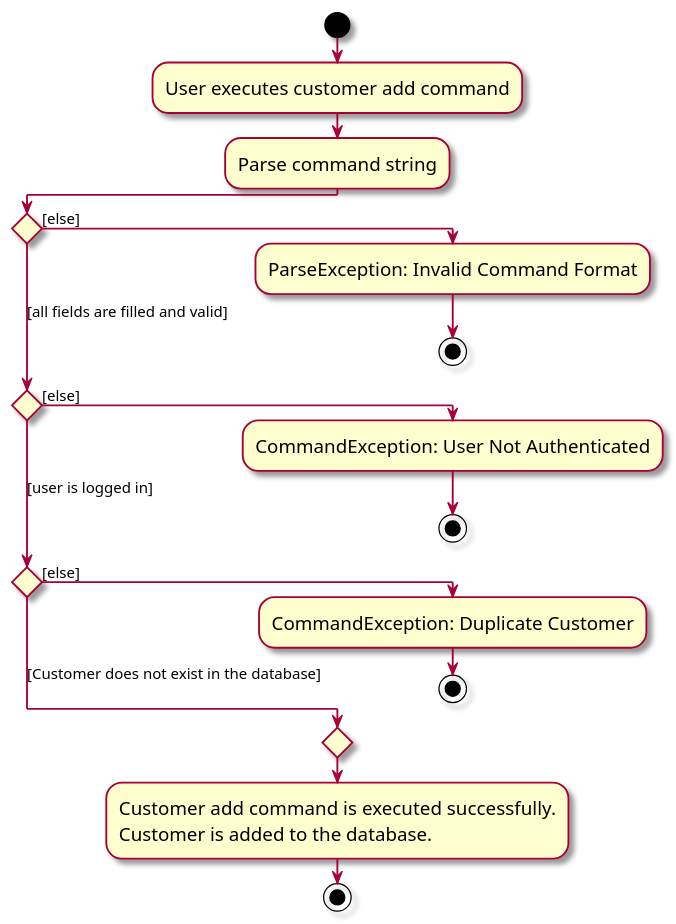
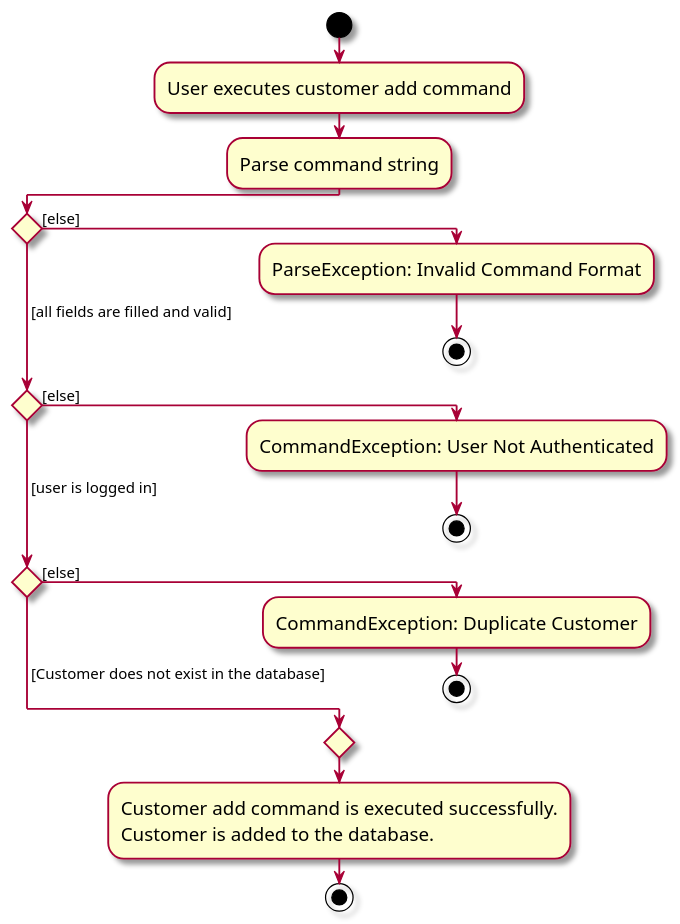
One commit to zhonghan721/tp changed the diagram in docs/diagrams/CustomerAddActivityDiagram.puml. Above: the diagram before and after it, drawn with PlantUML. The commit also changed 1 other file, not shown here.

Commit message:
Modify activity diagram according to comments

```diff
--- a/docs/diagrams/CustomerAddActivityDiagram.puml
+++ b/docs/diagrams/CustomerAddActivityDiagram.puml
@@ -1,26 +1,26 @@
 @startuml
 skin rose
 skinparam ActivityFontSize 15
 skinparam ArrowFontSize 12
 !pragma useVerticalIf on
 start
 :User executes customer add command;
 :Parse command string;
 
 if () then ([else])
     :ParseException: Invalid Command Format;
     stop
-([all fields are filled and valid]) elseif () then ([else])
+( [all fields are filled and valid]) elseif () then ([else])
     :CommandException: User Not Authenticated;
     stop
-([user is logged in]) elseif () then ([else])
+( [user is logged in]) elseif () then ([else])
     :CommandException: Duplicate Customer;
     stop
-else ([Customer does not exist in the database])
+else ( [Customer does not exist in the database])
 
 endif
 :Customer add command is executed successfully.
 Customer is added to the database.;
 
 stop
 @enduml
```
